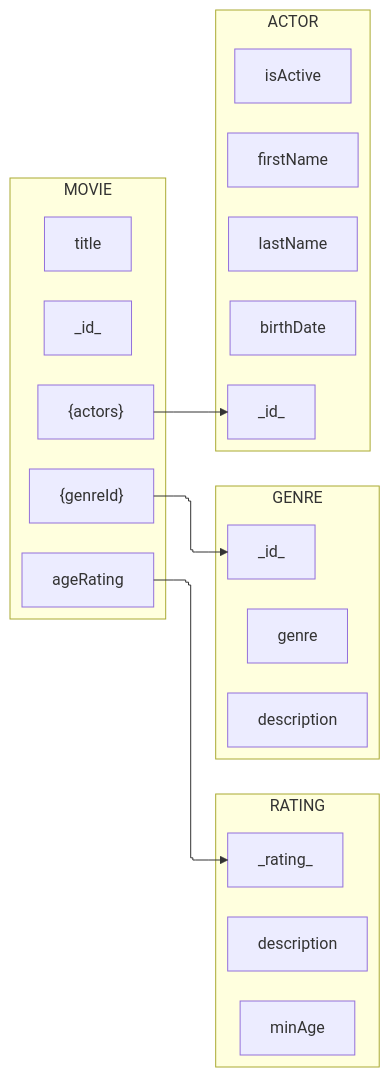
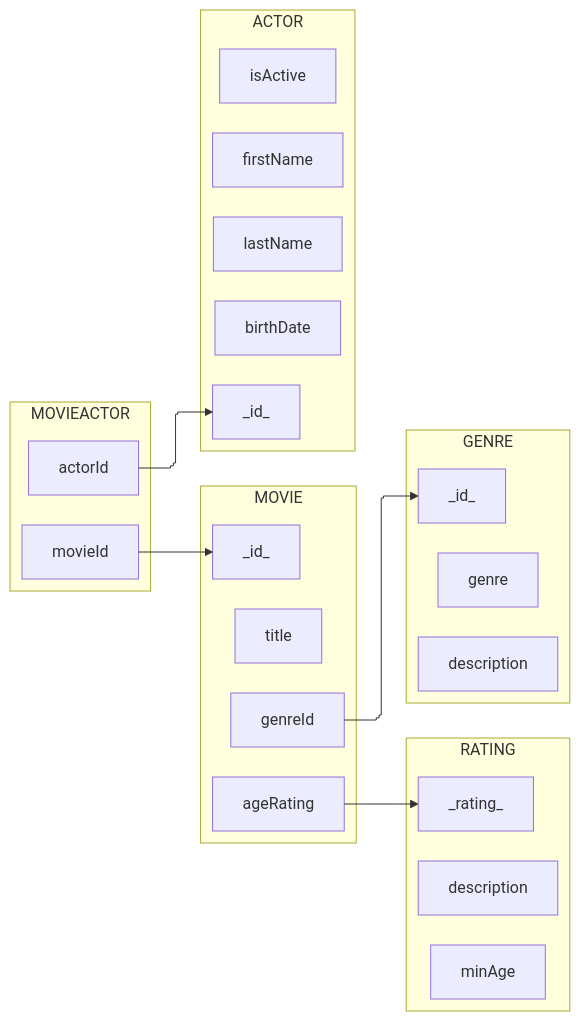
Before and after one commit to tnichols217/notes: the second of 6 diagrams in CSDS 341 - Intro to Databases/HW/1/Tables.md, drawn with Mermaid. The commit also changed other lines of this file and 5 other files, not shown here.

````diff
--- a/CSDS 341 - Intro to Databases/HW/1/Tables.md
+++ b/CSDS 341 - Intro to Databases/HW/1/Tables.md
@@ -53,32 +52,36 @@
 ```mermaid
 %%{ init: { 'flowchart': { 'curve': 'stepBefore', "defaultRenderer": "elk" } } }%%
 flowchart LR
 
 subgraph MOVIE
 movId[_id_]
 movTitle[title]
 movAgeRating[ageRating]
-movGenreId["{genreId}"]
-movActors["{actors}"]
+movGenreId[genreId]
 end
 subgraph RATING
 ratingRating[_rating_]
 ratingDescription[description]
 ratingMinAge[minAge]
 end
 subgraph GENRE
 genreId[_id_]
 genreGenre[genre]
 genreDescription[description]
 end
 subgraph ACTOR
 actorId[_id_]
 actorFirstName[firstName]
 actorLastName[lastName]
 actorIsActive[isActive]
 actorBirthDate[birthDate]
 end
+subgraph MOVIEACTOR
+movieactorMovieId[movieId]
+movieactorActorId[actorId]
+end
+movieactorMovieId --> movId
+movieactorActorId --> actorId
 movAgeRating --> ratingRating
 movGenreId --> genreId
-movActors --> actorId
 ```
````
